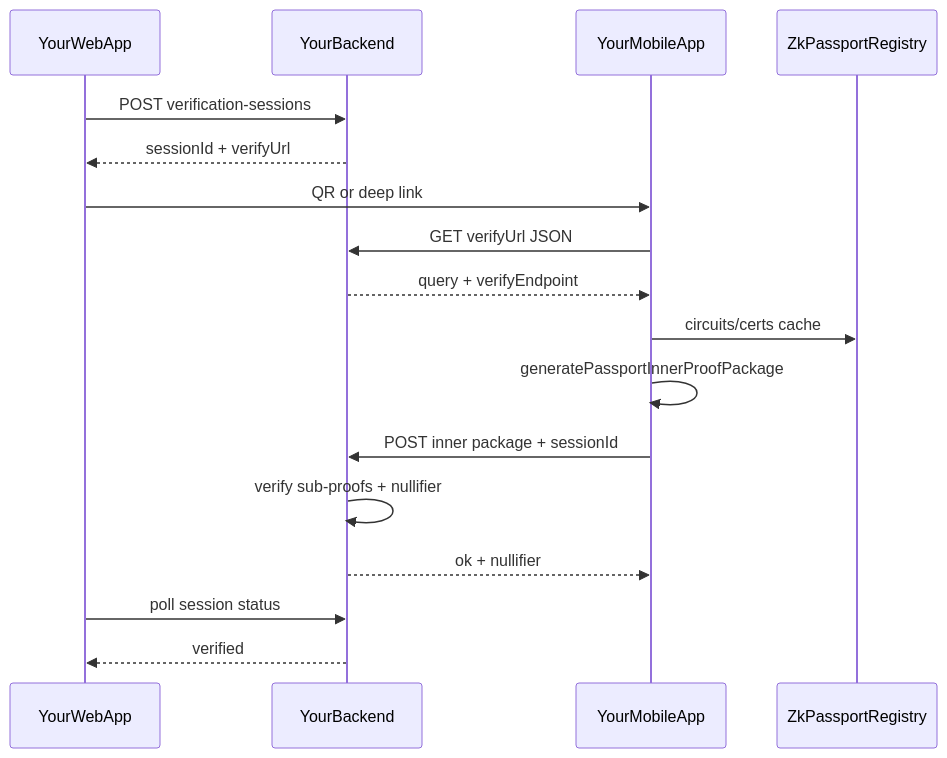
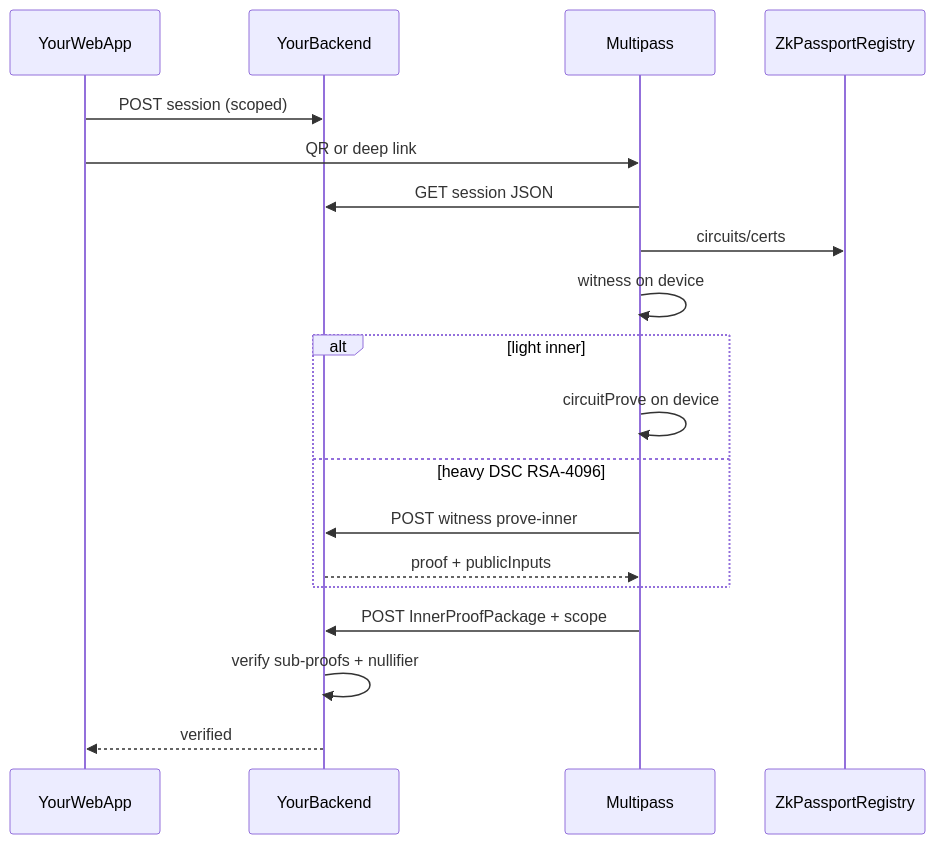
Before and after one commit to worldrepublicorg/multipass: the second of 2 diagrams in docs/ROADMAP.md, drawn with Mermaid. The commit also changed other lines of this file and 8 other files, not shown here.

First line of the commit message:
docs: enhance README and ROADMAP with debugging and development updates

````diff
--- a/docs/ROADMAP.md
+++ b/docs/ROADMAP.md
@@ -66,20 +146,22 @@
 ```mermaid
 sequenceDiagram
   participant Web as YourWebApp
   participant API as YourBackend
-  participant App as YourMobileApp
+  participant App as Multipass
   participant Registry as ZkPassportRegistry
 
-  Web->>API: POST verification-sessions
-  API-->>Web: sessionId + verifyUrl
+  Web->>API: POST session (scoped)
   Web->>App: QR or deep link
-  App->>API: GET verifyUrl JSON
-  API-->>App: query + verifyEndpoint
-  App->>Registry: circuits/certs cache
-  App->>App: generatePassportInnerProofPackage
-  App->>API: POST inner package + sessionId
+  App->>API: GET session JSON
+  App->>Registry: circuits/certs
+  App->>App: witness on device
+  alt light inner
+    App->>App: circuitProve on device
+  else heavy DSC RSA-4096
+    App->>API: POST witness prove-inner
+    API-->>App: proof + publicInputs
+  end
+  App->>API: POST InnerProofPackage + scope
   API->>API: verify sub-proofs + nullifier
-  API-->>App: ok + nullifier
-  Web->>API: poll session status
   API-->>Web: verified
 ```
````
